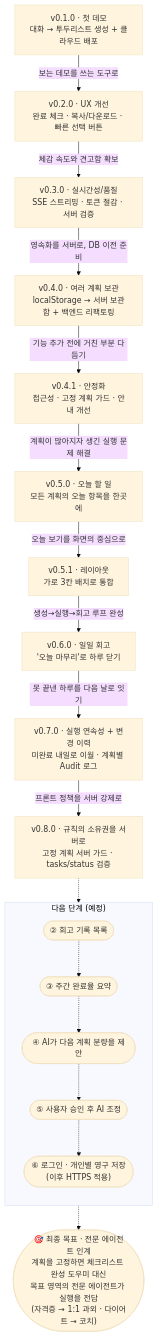
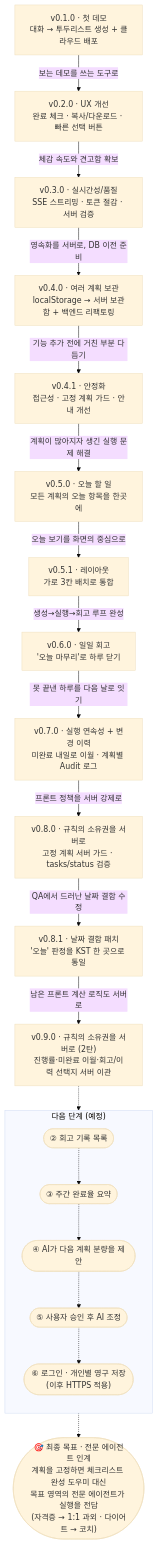
The diagram in docs/EVOLUTION.md (hello-pebble/DelayNoMore_Release), drawn with Mermaid (base theme) before and after one commit. The commit also changed other lines of this file and 30 other files, not shown here.

First line of the commit message:
v0.9.0 — 진행률·미완료 이월·회고/이력 선택지를 서버로 이관 (#41)

````diff
--- a/docs/EVOLUTION.md
+++ b/docs/EVOLUTION.md
@@ -6,37 +6,41 @@
 ```mermaid
 graph TD
     V01["v0.1.0 · 첫 데모<br/>대화 → 투두리스트 생성 + 클라우드 배포"]
     V02["v0.2.0 · UX 개선<br/>완료 체크 · 복사/다운로드 · 빠른 선택 버튼"]
     V03["v0.3.0 · 실시간성/품질<br/>SSE 스트리밍 · 토큰 절감 · 서버 검증"]
     V04["v0.4.0 · 여러 계획 보관<br/>localStorage → 서버 보관함 + 백엔드 리팩토링"]
     V041["v0.4.1 · 안정화<br/>접근성 · 고정 계획 가드 · 안내 개선"]
     V05["v0.5.0 · 오늘 할 일<br/>모든 계획의 오늘 항목을 한곳에"]
     V051["v0.5.1 · 레이아웃<br/>가로 3칸 배치로 통합"]
     V06["v0.6.0 · 일일 회고<br/>'오늘 마무리'로 하루 닫기"]
     V07["v0.7.0 · 실행 연속성 + 변경 이력<br/>미완료 내일로 이월 · 계획별 Audit 로그"]
     V08["v0.8.0 · 규칙의 소유권을 서버로<br/>고정 계획 서버 가드 · tasks/status 검증"]
+    V081["v0.8.1 · 날짜 결함 패치<br/>'오늘' 판정을 KST 한 곳으로 통일"]
+    V09["v0.9.0 · 규칙의 소유권을 서버로 (2탄)<br/>진행률·미완료 이월·회고/이력 선택지 서버 이관"]
 
     V01 -->|"보는 데모를 쓰는 도구로"| V02
     V02 -->|"체감 속도와 견고함 확보"| V03
     V03 -->|"영속화를 서버로, DB 이전 준비"| V04
     V04 -->|"기능 추가 전에 거친 부분 다듬기"| V041
     V041 -->|"계획이 많아지자 생긴 실행 문제 해결"| V05
     V05 -->|"오늘 보기를 화면의 중심으로"| V051
     V051 -->|"생성→실행→회고 루프 완성"| V06
     V06 -->|"못 끝낸 하루를 다음 날로 잇기"| V07
     V07 -->|"프론트 정책을 서버 강제로"| V08
+    V08 -->|"QA에서 드러난 날짜 결함 수정"| V081
+    V081 -->|"남은 프론트 계산 로직도 서버로"| V09
 
     subgraph NEXT["다음 단계 (예정)"]
         direction TB
         N2(["② 회고 기록 목록"])
         N3(["③ 주간 완료율 요약"])
         N4(["④ AI가 다음 계획 분량을 제안"])
         N5(["⑤ 사용자 승인 후 AI 조정"])
         N6(["⑥ 로그인 · 개인별 영구 저장<br/>(이후 HTTPS 적용)"])
         N2 -.-> N3 -.-> N4 -.-> N5 -.-> N6
     end
 
     FINAL(["🎯 최종 목표 · 전문 에이전트 인계<br/>계획을 고정하면 체크리스트 완성 도우미 대신<br/>목표 영역의 전문 에이전트가 실행을 전담<br/>(자격증 → 1:1 과외 · 다이어트 → 코치)"])
 
-    V08 -.-> NEXT -.-> FINAL
+    V09 -.-> NEXT -.-> FINAL
 ```
````
